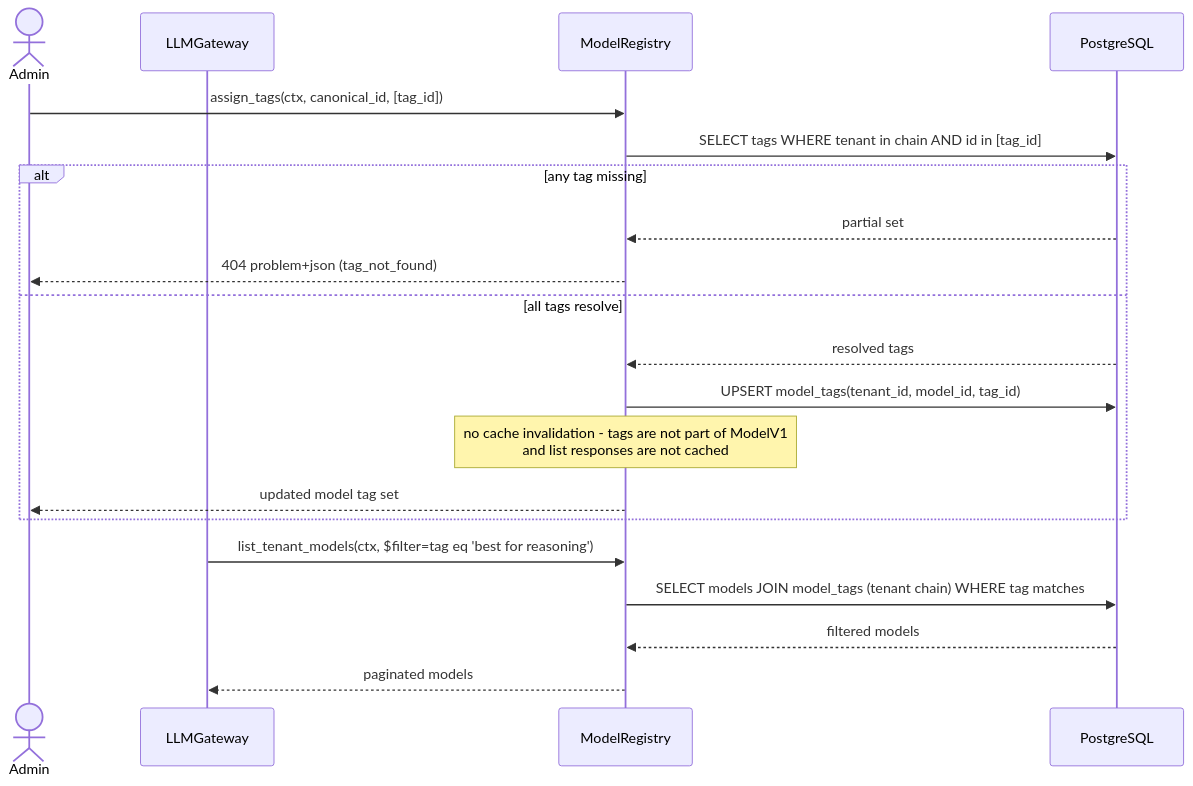
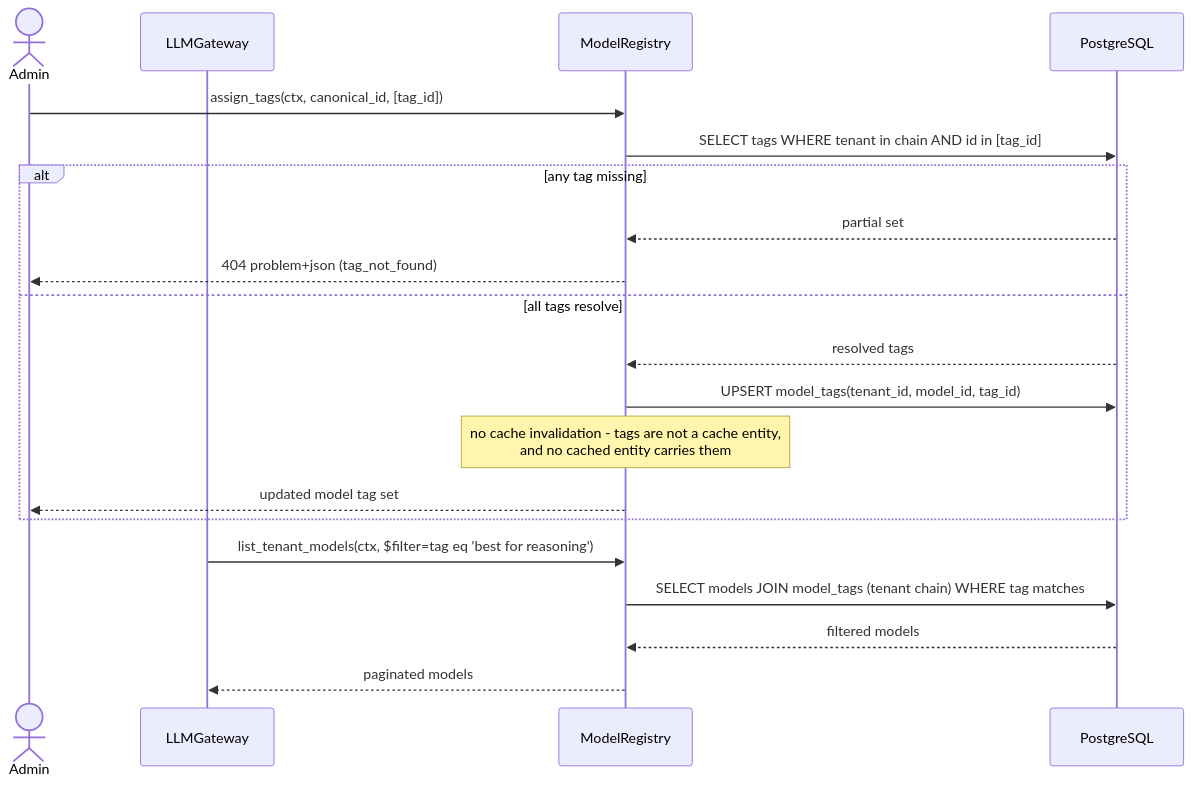
The eighth of 9 diagrams in gears/model-registry/docs/DESIGN.md (constructorfabric/gears-rust), drawn with Mermaid before and after one commit. The commit also changed other lines of this file and 1 other file, not shown here.

Commit message:
docs(model-registry): Update cache strategy

````diff
--- a/gears/model-registry/docs/DESIGN.md
+++ b/gears/model-registry/docs/DESIGN.md
@@ -1281,24 +1332,24 @@
 ```mermaid
 sequenceDiagram
     actor Admin
     participant LLMGateway
     participant MR as ModelRegistry
     participant DB as PostgreSQL
 
     Admin->>MR: assign_tags(ctx, canonical_id, [tag_id])
     MR->>DB: SELECT tags WHERE tenant in chain AND id in [tag_id]
     alt any tag missing
         DB-->>MR: partial set
         MR-->>Admin: 404 problem+json (tag_not_found)
     else all tags resolve
         DB-->>MR: resolved tags
         MR->>DB: UPSERT model_tags(tenant_id, model_id, tag_id)
-        note over MR: no cache invalidation - tags are not part of ModelV1<br/>and list responses are not cached
+        note over MR: no cache invalidation - tags are not a cache entity,<br/>and no cached entity carries them
         MR-->>Admin: updated model tag set
     end
 
     LLMGateway->>MR: list_tenant_models(ctx, $filter=tag eq 'best for reasoning')
     MR->>DB: SELECT models JOIN model_tags (tenant chain) WHERE tag matches
     DB-->>MR: filtered models
     MR-->>LLMGateway: paginated models
 ```
````
